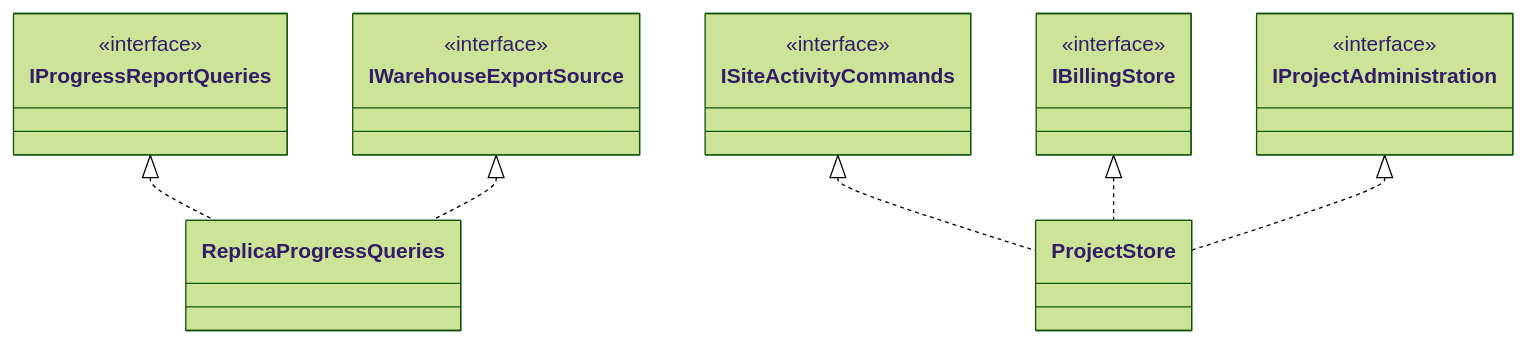
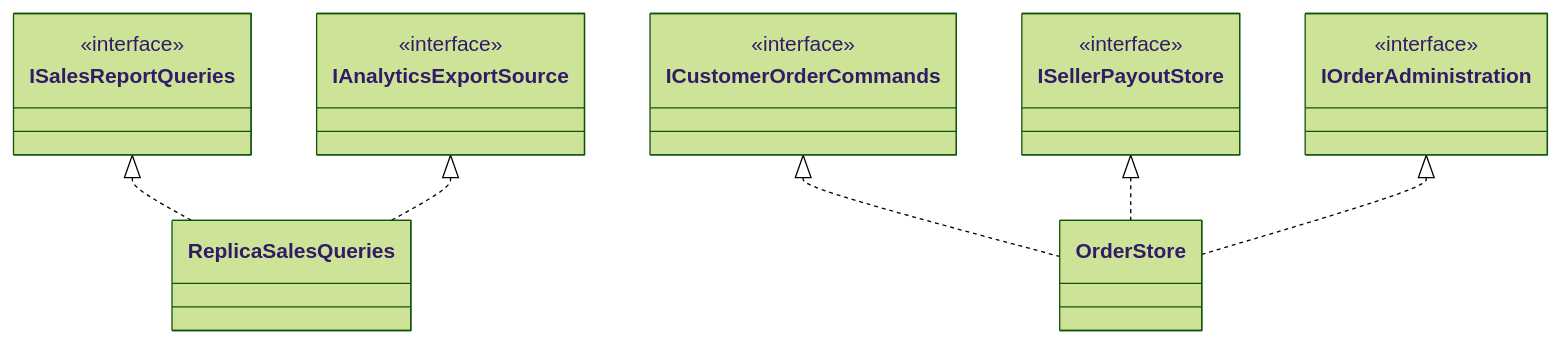
One commit to rizwi0786/system-design-lab changed the fourth of 4 diagrams in content/lessons/m04/m04-isp.md. Above: the diagram before and after it, drawn with Mermaid (forest theme). The commit also changed other lines of this file and 334 other files, not shown here.

````diff
--- a/content/lessons/m04/m04-isp.md
+++ b/content/lessons/m04/m04-isp.md
@@ -1183,15 +1192,15 @@
 ```mermaid
 classDiagram
-  class IProgressReportQueries { <<interface>> }
-  class ISiteActivityCommands { <<interface>> }
-  class IBillingStore { <<interface>> }
-  class IProjectAdministration { <<interface>> }
-  class IWarehouseExportSource { <<interface>> }
-  class ProjectStore
-  class ReplicaProgressQueries
-  ISiteActivityCommands <|.. ProjectStore
-  IBillingStore <|.. ProjectStore
-  IProjectAdministration <|.. ProjectStore
-  IProgressReportQueries <|.. ReplicaProgressQueries
-  IWarehouseExportSource <|.. ReplicaProgressQueries
+  class ISalesReportQueries { <<interface>> }
+  class ICustomerOrderCommands { <<interface>> }
+  class ISellerPayoutStore { <<interface>> }
+  class IOrderAdministration { <<interface>> }
+  class IAnalyticsExportSource { <<interface>> }
+  class OrderStore
+  class ReplicaSalesQueries
+  ICustomerOrderCommands <|.. OrderStore
+  ISellerPayoutStore <|.. OrderStore
+  IOrderAdministration <|.. OrderStore
+  ISalesReportQueries <|.. ReplicaSalesQueries
+  IAnalyticsExportSource <|.. ReplicaSalesQueries
 ```
````
